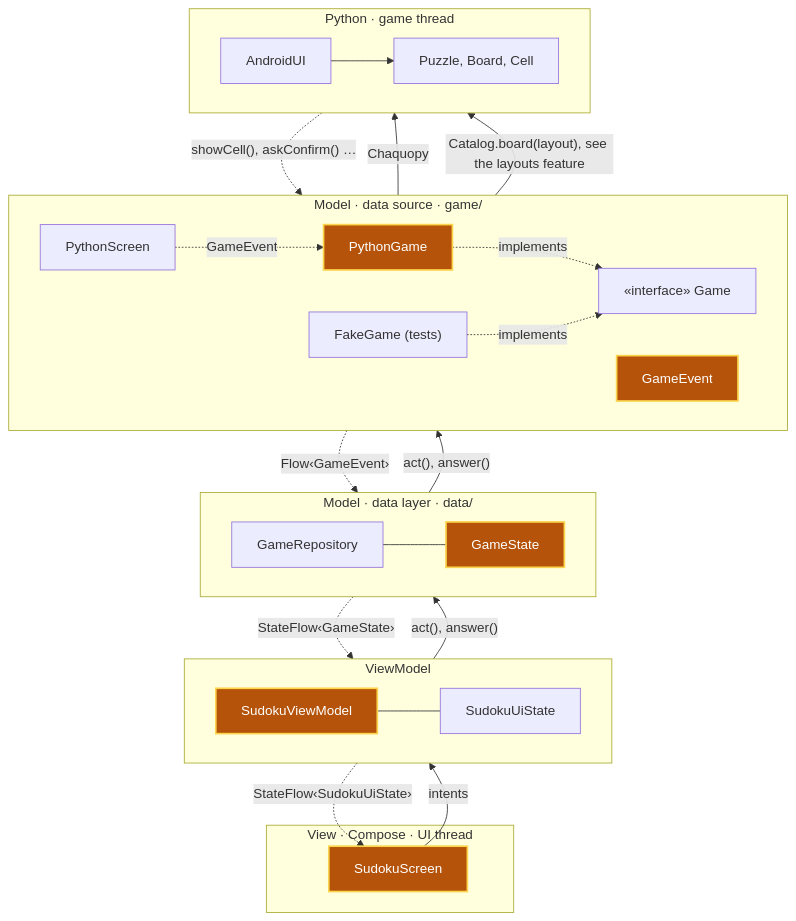
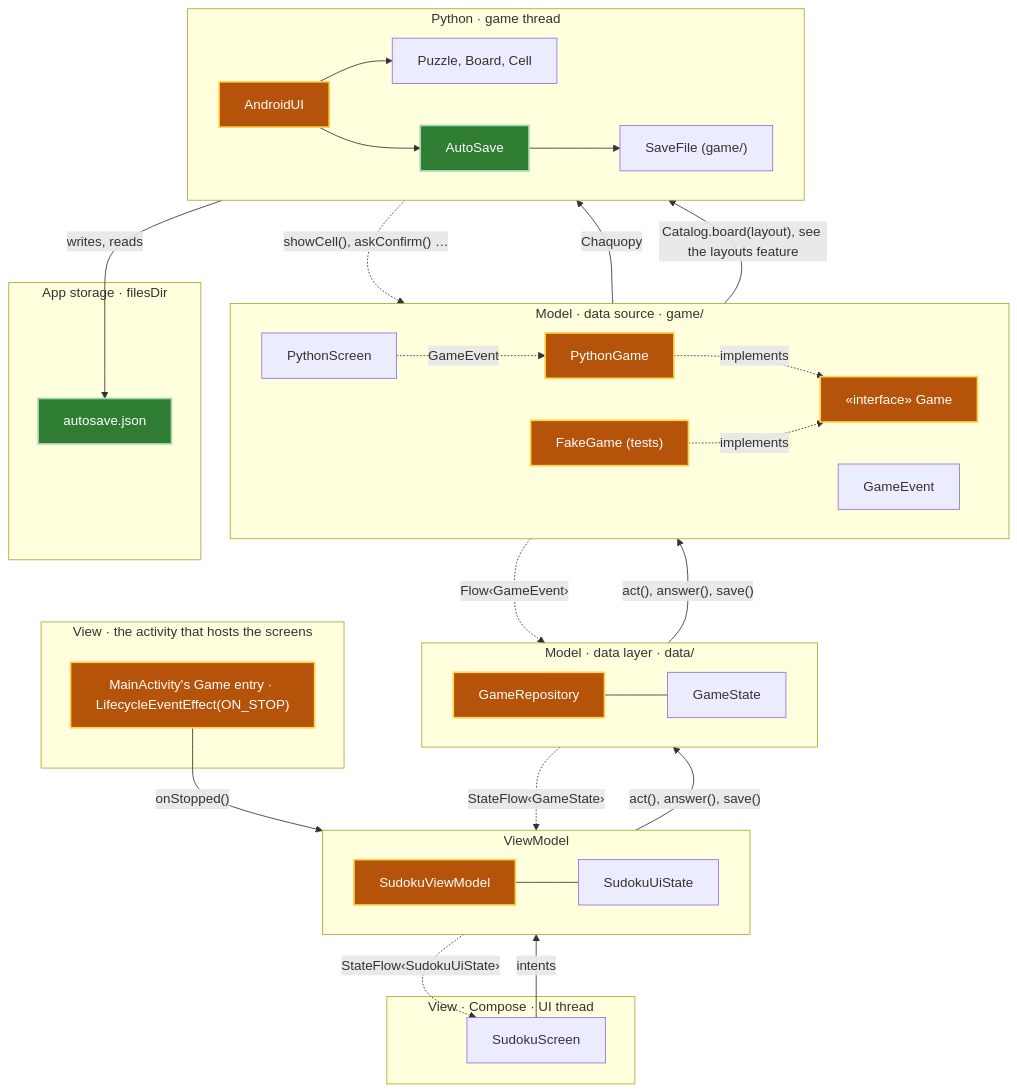
The fifth of 8 diagrams in android/docs/architecture.md (aivanov61/sudoku-solver), drawn with Mermaid before and after one commit. The commit also changed other lines of this file and 22 other files, not shown here.

Commit message:
Auto-save the game in progress to the app's storage whenever the app is stopped, restore it when the game starts and resume its layout from the splash, keeping with a warning a save file that can't be restored until there is something to save.

````diff
--- a/android/docs/architecture.md
+++ b/android/docs/architecture.md
@@ -209,43 +245,57 @@
 ```mermaid
 flowchart TB
+    subgraph Host["View · the activity that hosts the screens"]
+        GameEntry["MainActivity's Game entry · LifecycleEventEffect(ON_STOP)"]
+    end
+
     subgraph View["View · Compose · UI thread"]
         SudokuScreen
     end
 
     subgraph VM["ViewModel"]
         direction LR
-        SudokuViewModel --- SudokuUiState
+        SudokuViewModel["SudokuViewModel"] --- SudokuUiState
     end
 
     subgraph DataLayer["Model · data layer · data/"]
         direction LR
-        GameRepository --- GameState
+        GameRepository["GameRepository"] --- GameState
     end
 
     subgraph DataSource["Model · data source · game/"]
         direction LR
-        PythonGame -. implements .-> Game["«interface» Game"]
+        PythonGame["PythonGame"] -. implements .-> Game["«interface» Game"]
         GameEvent
         FakeGame["FakeGame (tests)"] -. implements .-> Game
         PythonScreen
     end
 
     subgraph Python["Python · game thread"]
         direction LR
-        AndroidUI --> Puzzle["Puzzle, Board, Cell"]
+        AndroidUI["AndroidUI"] --> Puzzle["Puzzle, Board, Cell"]
+        AndroidUI --> AutoSave["AutoSave"]
+        AutoSave --> SaveFile["SaveFile (game/)"]
     end
 
+    subgraph Storage["App storage · filesDir"]
+        AutoSaveFile["autosave.json"]
+    end
+
+    GameEntry -- "onStopped()" --> SudokuViewModel
     SudokuScreen -- "intents" --> SudokuViewModel
     SudokuViewModel -. "StateFlow‹SudokuUiState›" .-> SudokuScreen
-    SudokuViewModel -- "act(), answer()" --> GameRepository
+    SudokuViewModel -- "act(), answer(), save()" --> GameRepository
     GameRepository -. "StateFlow‹GameState›" .-> SudokuViewModel
-    GameRepository -- "act(), answer()" --> Game
+    GameRepository -- "act(), answer(), save()" --> Game
     Game -. "Flow‹GameEvent›" .-> GameRepository
     PythonGame -- "Chaquopy" --> AndroidUI
     AndroidUI -. "showCell(), askConfirm() …" .-> PythonScreen
     PythonScreen -. "GameEvent" .-> PythonGame
     PythonGame -- "Catalog.board(layout), see the layouts feature" --> AndroidUI
+    SaveFile -- "writes, reads" --> AutoSaveFile
 
+    classDef new fill:#2e7d32,stroke:#a5d6a7,stroke-width:2px,color:#ffffff
     classDef changed fill:#b45309,stroke:#fcd34d,stroke-width:2px,color:#ffffff
-    class SudokuViewModel,PythonGame,SudokuScreen,GameState,GameEvent changed
+    class AutoSave,AutoSaveFile new
+    class GameEntry,SudokuViewModel,GameRepository,PythonGame,Game,FakeGame,AndroidUI changed
 ```
````
